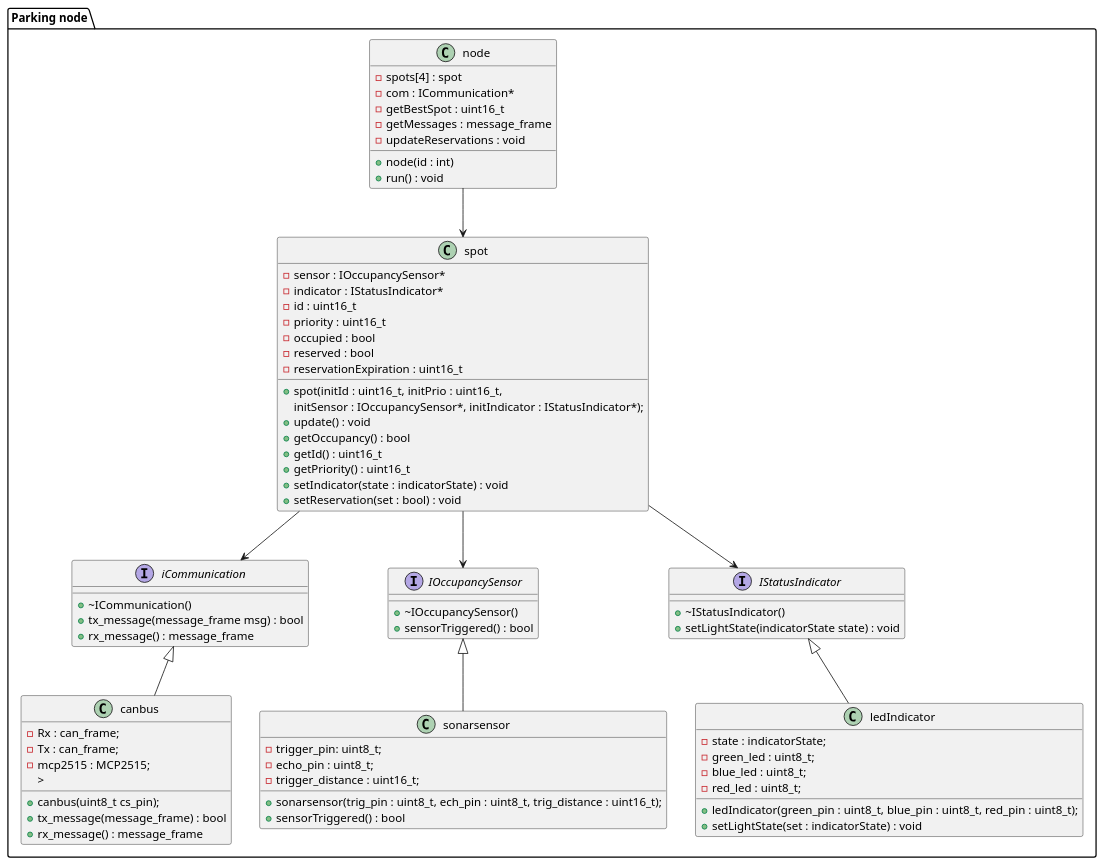
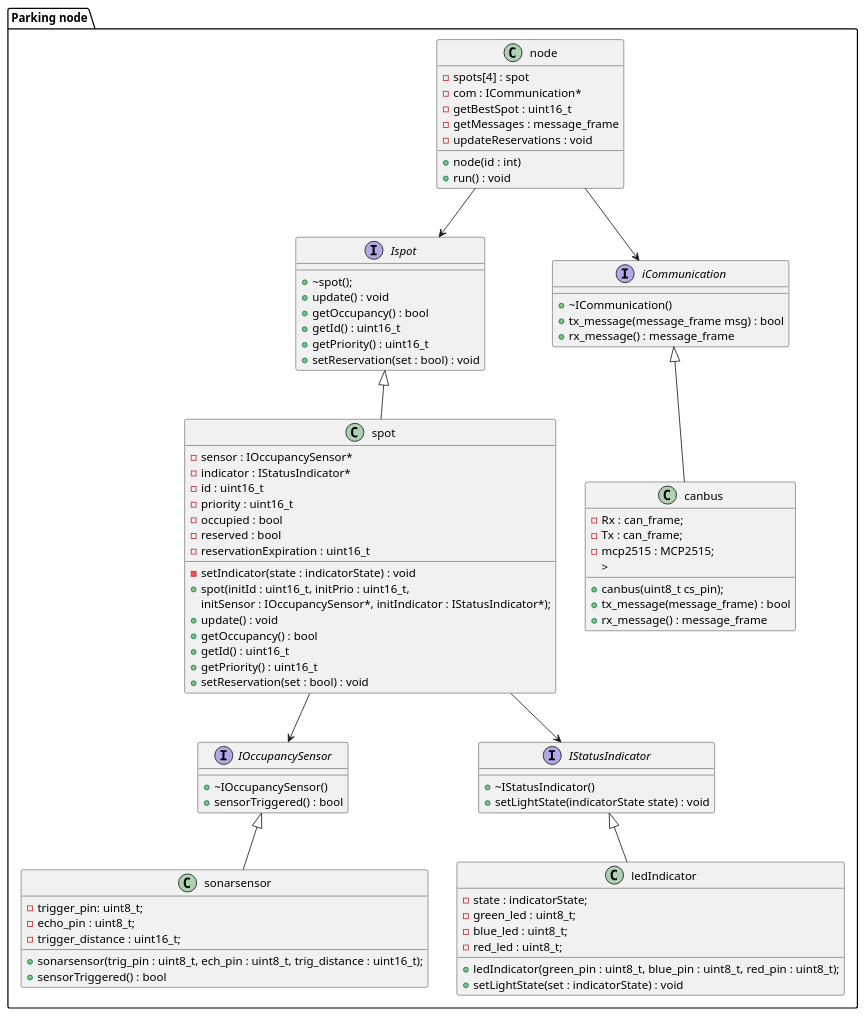
One commit to Theodorus3Doezoe/Parkify changed the diagram in nodes/node_parking/docs/node_parking.plantuml. Above: the diagram before and after it, drawn with PlantUML. The commit also changed 16 other files, not shown here.

```diff
--- a/nodes/node_parking/docs/node_parking.plantuml
+++ b/nodes/node_parking/docs/node_parking.plantuml
@@ -1,96 +1,108 @@
 @startuml node_parking
 package "Parking node" {
+
+interface Ispot
+{
+    +~spot();
+    +update() : void
+    +getOccupancy() : bool
+    +getId() : uint16_t
+    +getPriority() : uint16_t
+    +setReservation(set : bool) : void
+}
+
 interface iCommunication
 {
     +~ICommunication()
     +tx_message(message_frame msg) : bool
     +rx_message() : message_frame
 }
 
 interface IOccupancySensor
 {
     +~IOccupancySensor()
     +sensorTriggered() : bool
 }
 
 interface IStatusIndicator
 {
     +~IStatusIndicator()
     +setLightState(indicatorState state) : void
 }
 
 class node 
 {
     -spots[4] : spot
     -com : ICommunication*
     -getBestSpot : uint16_t
     -getMessages : message_frame
     -updateReservations : void
 
     +node(id : int)
     +run() : void
 }
 
 class spot
 {
     -sensor : IOccupancySensor*
     -indicator : IStatusIndicator*
     -id : uint16_t
     -priority : uint16_t
     -occupied : bool
     -reserved : bool
     -reservationExpiration : uint16_t
+    -setIndicator(state : indicatorState) : void
     +spot(initId : uint16_t, initPrio : uint16_t,
         initSensor : IOccupancySensor*, initIndicator : IStatusIndicator*);
     +update() : void
     +getOccupancy() : bool
     +getId() : uint16_t
     +getPriority() : uint16_t
-    +setIndicator(state : indicatorState) : void
     +setReservation(set : bool) : void
 }
 
 class canbus 
 {
     -Rx : can_frame;
     -Tx : can_frame;
     -mcp2515 : MCP2515;
 >
     +canbus(uint8_t cs_pin);
     +tx_message(message_frame) : bool
     +rx_message() : message_frame
 }
 
 class ledIndicator 
 {
     -state : indicatorState;
     -green_led : uint8_t;
     -blue_led : uint8_t;
     -red_led : uint8_t;
 
     +ledIndicator(green_pin : uint8_t, blue_pin : uint8_t, red_pin : uint8_t);
     +setLightState(set : indicatorState) : void
 }
 
 class sonarsensor 
 {
     -trigger_pin: uint8_t;
     -echo_pin : uint8_t;
     -trigger_distance : uint16_t;
 
     +sonarsensor(trig_pin : uint8_t, ech_pin : uint8_t, trig_distance : uint16_t);
     +sensorTriggered() : bool
 }
 
-node --> spot
+node --> Ispot
 
-spot --> iCommunication
+node --> iCommunication
 spot --> IOccupancySensor
 spot --> IStatusIndicator
 
+Ispot <|-- spot
 iCommunication <|-- canbus
 IOccupancySensor <|-- sonarsensor
 IStatusIndicator <|-- ledIndicator
 
 }
 @enduml
```
